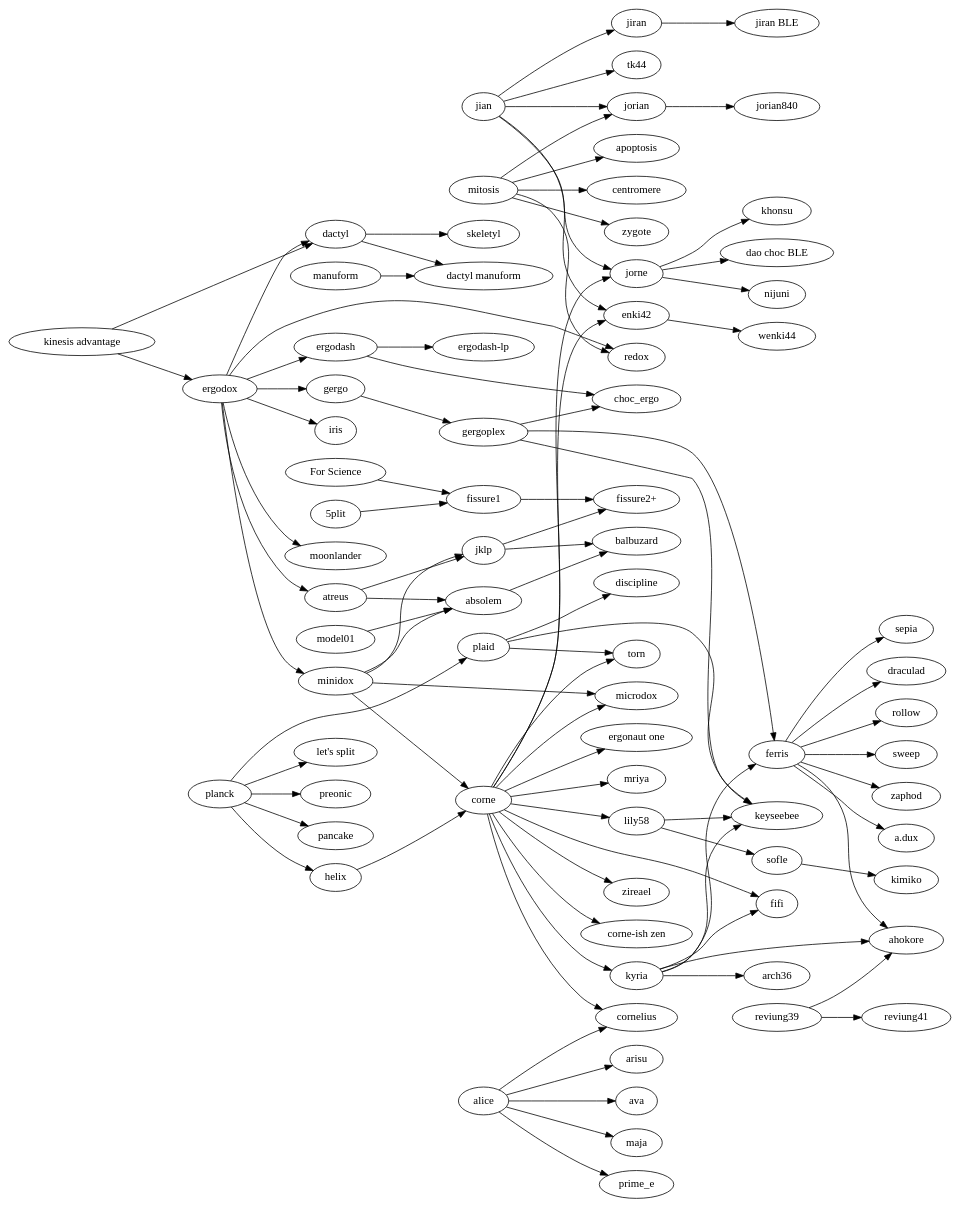
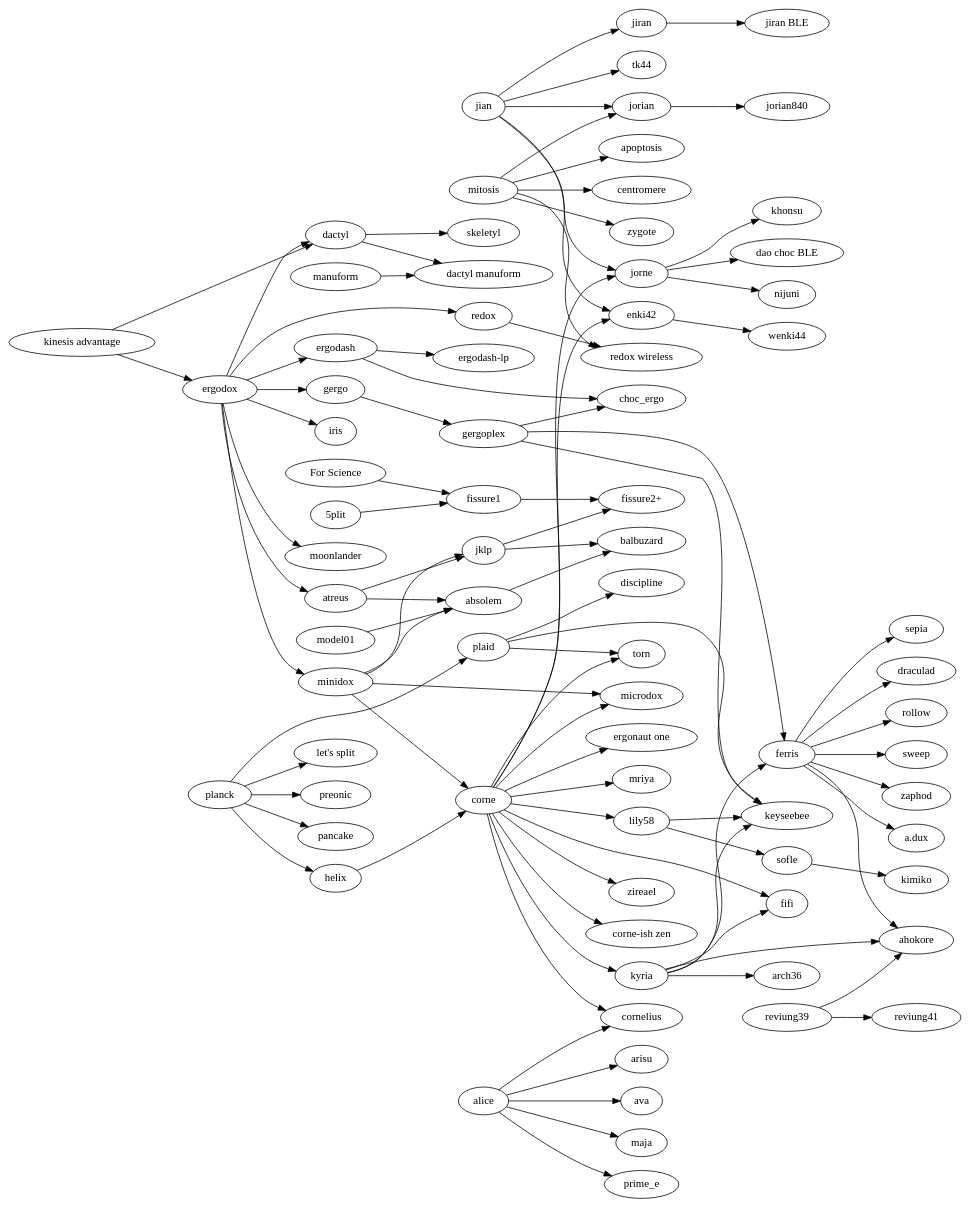
One commit to joric/graph changed the diagram in tree.gv. Above: the diagram before and after it, drawn with Graphviz.

```diff
--- a/tree.gv
+++ b/tree.gv
@@ -1,163 +1,164 @@
 digraph {
   rankdir=LR;
 
   subgraph splits {
     helix -> corne;
     enki42->wenki44;
     jiran->"jiran BLE";
     jorian->jorian840;
+    redox->"redox wireless";
 
     jian -> {
       jorian;
       jorne;
       jiran;
       enki42;
       tk44;
     }
 
     jorne -> {
       nijuni;
       khonsu;
       "dao choc BLE";
     }
 
     mitosis -> {
       apoptosis;
-      redox;
+      "redox wireless";
       centromere;
       zygote;
       jorian;
     }
 
     corne -> {
       "corne-ish zen";
       cornelius;
       fifi;
       kyria;
       lily58;
       microdox;
       torn;
       jorne;
       "ergonaut one";
       mriya;
       zireael;
       enki42;
     };
 
     lily58 -> {
       keyseebee;
       sofle;
     };
 
     kyria -> {
         ahokore;
         arch36;
         ferris;
         fifi;
         keyseebee;
     };
 
     "kinesis advantage" -> {
       ergodox;
       dactyl;
     };
 
     ergodox -> {
       atreus;
       dactyl;
       ergodash;
       gergo;
       iris;
       minidox;
       moonlander;
       redox;
     };
 
     ergodash -> {
       "ergodash-lp";
       choc_ergo;
     };
 
     gergo -> gergoplex;
     gergoplex -> {
       choc_ergo;
       ferris;
       keyseebee;
     };
 
     ferris -> {
       ahokore;
       sepia;
       draculad;
       rollow;
       sweep;
       zaphod;
       "a.dux";
     };
 
     manuform -> "dactyl manuform";
 
     minidox -> {
       absolem;
       corne;
       microdox;
       jklp;
     };
 
     model01 -> {
       absolem;
     };
 
     sofle -> kimiko;
 
     "5plit" -> "fissure1";
     "For Science" -> "fissure1";
     fissure1 -> "fissure2+";
     jklp -> "fissure2+";
   }
 
   subgraph unibody {
     atreus -> {
       absolem;
       jklp;
     };
     jklp -> balbuzard;
     absolem -> balbuzard;
     reviung39 -> {
       ahokore;
       reviung41;
     };
   };
 
   subgraph ortholinear {
     plaid -> {
       discipline;
       keyseebee;
       torn;
     };
     planck -> {
       helix;
       "let's split";
       plaid;
       preonic;
       pancake;
     };
   }
 
   subgraph {
     dactyl -> {
       "dactyl manuform";
       skeletyl;
     }
   }
 
   subgraph alicefamily {
     alice -> {
       arisu;
       ava;
       cornelius;
       maja;
       prime_e;
     }
   }
 }
```
